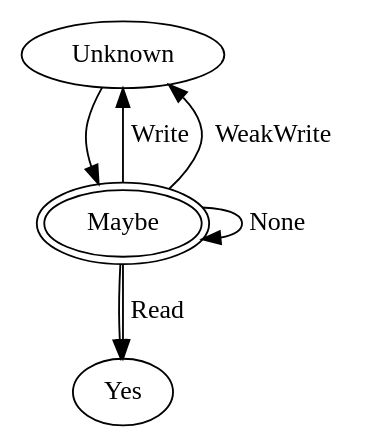
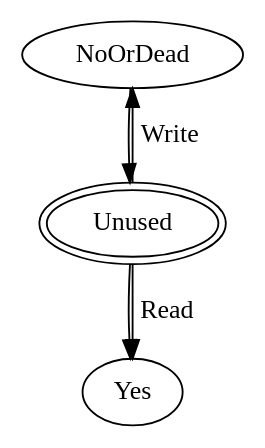
Before and after one commit to revng/revng: the diagram in lib/EarlyFunctionAnalysis/ABIAnalyses/MFIGraphs/UsedArgumentsOfFunction.dot, drawn with Graphviz. The commit also changed 6 other files, not shown here.

First line of the commit message:
Update Graphviz files for intraprocedural analysis

```diff
--- a/lib/EarlyFunctionAnalysis/ABIAnalyses/MFIGraphs/UsedArgumentsOfFunction.dot
+++ b/lib/EarlyFunctionAnalysis/ABIAnalyses/MFIGraphs/UsedArgumentsOfFunction.dot
@@ -1,22 +1,19 @@
 #
 # This file is distributed under the MIT License. See LICENSE.md for details.
 #
 
 # This analysis works both for registers and stack slots
 
 digraph UsedArgumentsOfFunction {
-  Unknown;
-  Maybe [peripheries=2];
+  NoOrDead;
+  Unused [peripheries=2];
   Yes;
 
   # Lattice
-  Unknown->Maybe;
-  Maybe->Yes;
+  NoOrDead->Unused;
+  Unused->Yes;
 
   # Transfer functions
-  Maybe->Yes [label="Read"];
-  Maybe->Unknown [label="Write"];
-  Maybe->Unknown [label="WeakWrite"];
-
-  Maybe->Maybe [label="None"];
+  Unused->Yes [label="Read"];
+  Unused->NoOrDead [label="Write"];
 }
```
